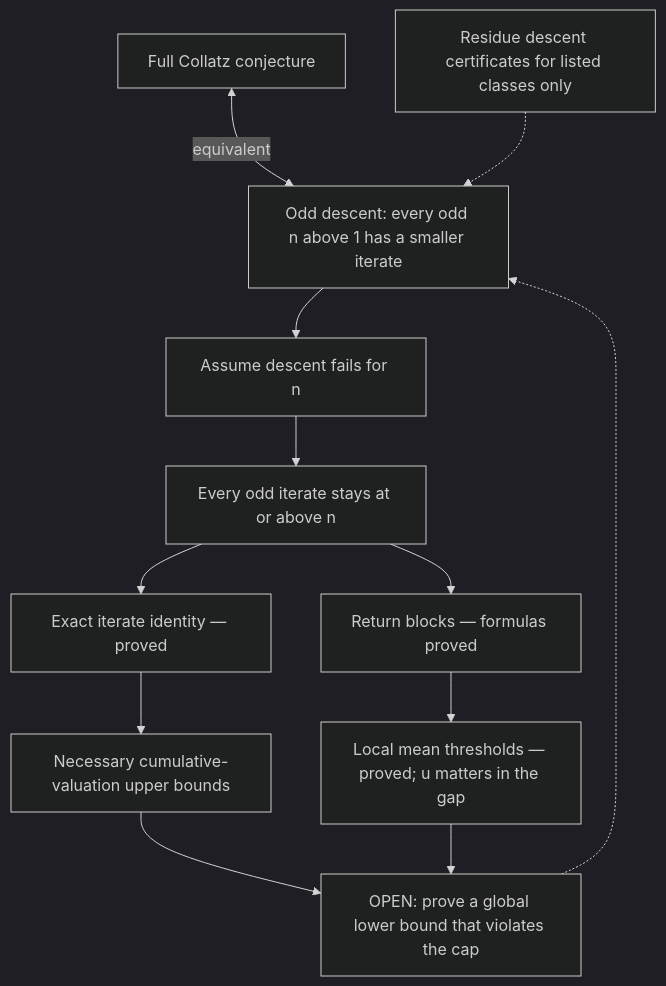
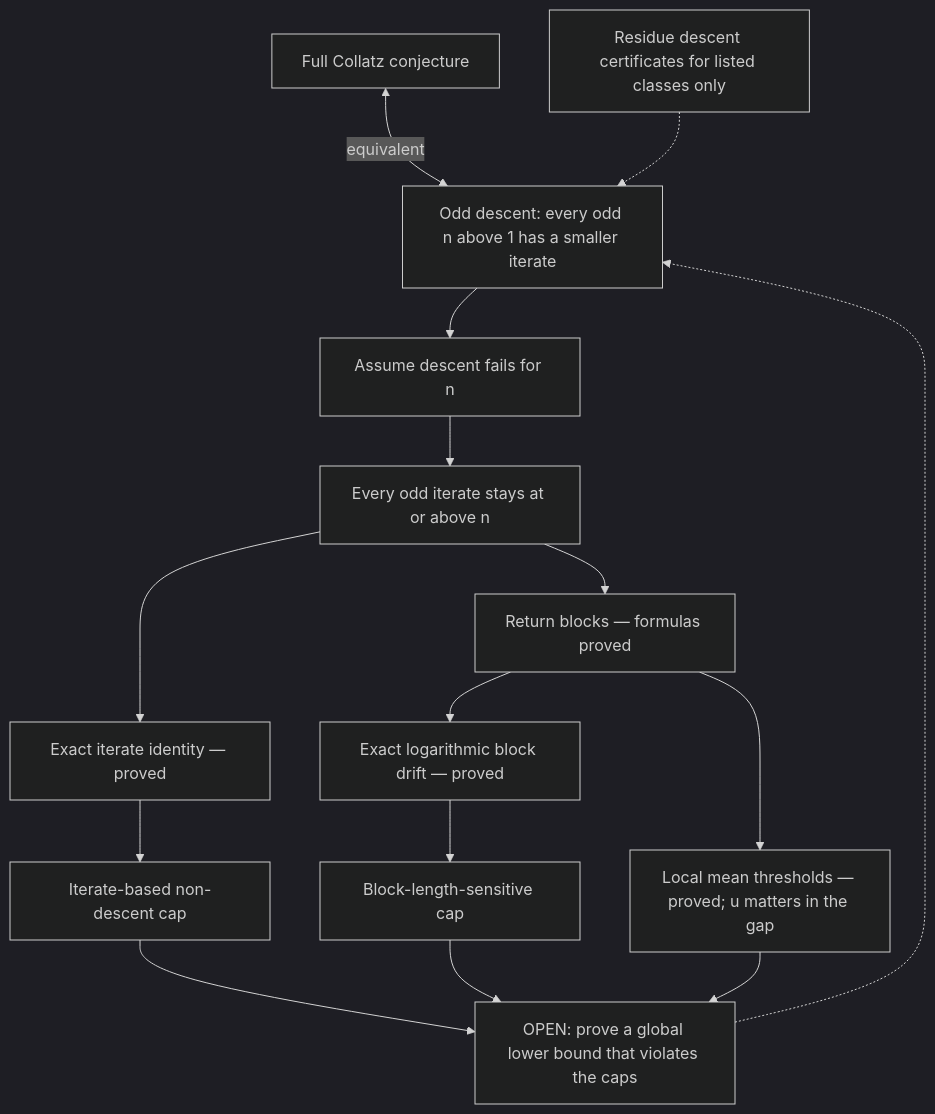
The diagram in ROADMAP.md (bassnicole1026-pixel/uctproject), drawn with Mermaid (dark theme) before and after one commit.

Commit message:
Update proof map with block drift bound

````diff
--- a/ROADMAP.md
+++ b/ROADMAP.md
@@ -394,14 +394,17 @@
 ```mermaid
 flowchart TD
     C["Full Collatz conjecture"] <-->|equivalent| D["Odd descent: every odd n above 1 has a smaller iterate"]
     D --> H["Assume descent fails for n"]
     H --> N["Every odd iterate stays at or above n"]
     N --> I["Exact iterate identity — proved"]
-    I --> U["Necessary cumulative-valuation upper bounds"]
+    I --> U1["Iterate-based non-descent cap"]
     N --> B["Return blocks — formulas proved"]
     B --> L["Local mean thresholds — proved; u matters in the gap"]
-    U --> G["OPEN: prove a global lower bound that violates the cap"]
+    B --> J["Exact logarithmic block drift — proved"]
+    J --> U2["Block-length-sensitive cap"]
+    U1 --> G["OPEN: prove a global lower bound that violates the caps"]
+    U2 --> G
     L --> G
     G -.-> D
     R["Residue descent certificates for listed classes only"] -.-> D
 ```
````
